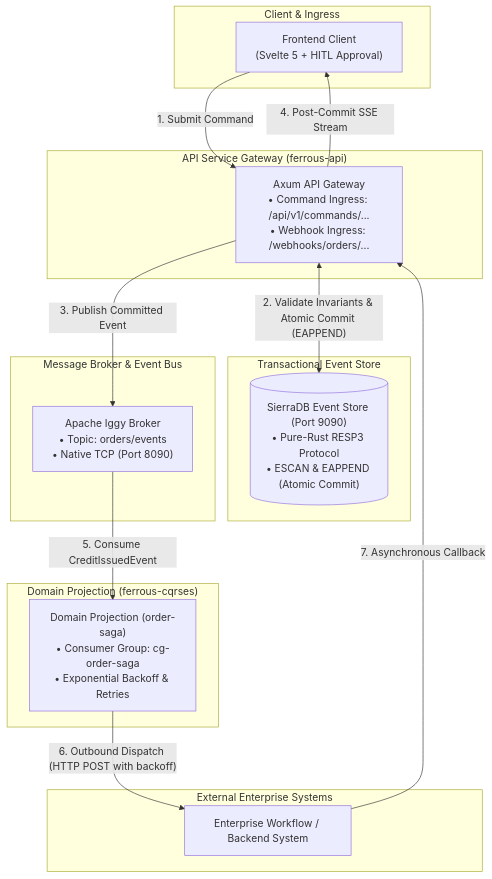
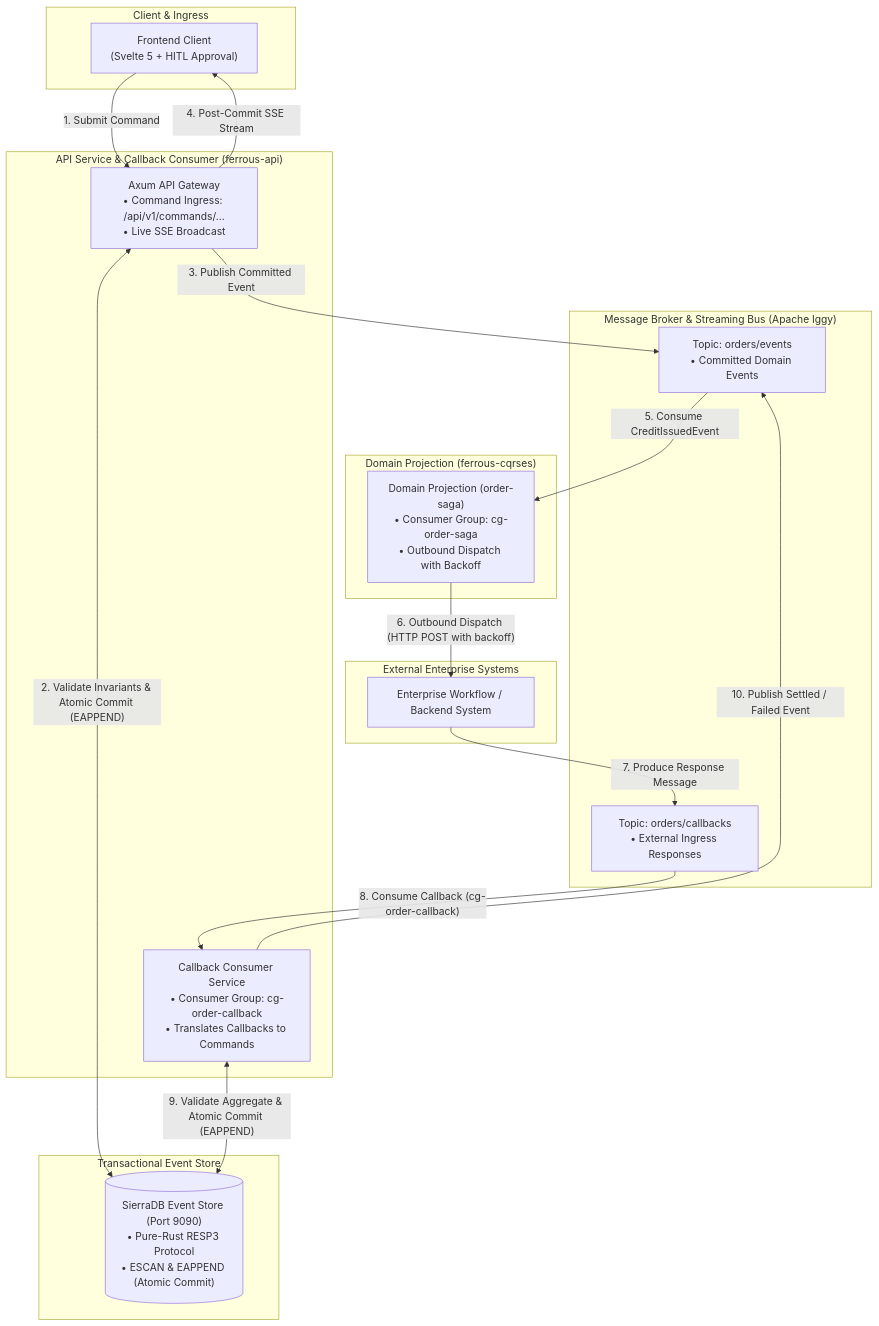
One commit to reidlai/ferrous-cx changed the first of 2 diagrams in README.md. Above: the diagram before and after it, drawn with Mermaid. The commit also changed other lines of this file, not shown here.

Commit message:
docs(architecture): update architecture to asynchronous queue-based callback ingress via orders/callbacks

````diff
--- a/README.md
+++ b/README.md
@@ -40,37 +40,44 @@
 ```mermaid
 flowchart TD
     subgraph Client_Layer ["Client & Ingress"]
         Client["Frontend Client<br/>(Svelte 5 + HITL Approval)"]
     end
 
-    subgraph API_Gateway ["API Service Gateway (ferrous-api)"]
-        ApiService["Axum API Gateway<br/>• Command Ingress: /api/v1/commands/...<br/>• Webhook Ingress: /webhooks/orders/..."]
+    subgraph API_Gateway ["API Service & Callback Consumer (ferrous-api)"]
+        ApiService["Axum API Gateway<br/>• Command Ingress: /api/v1/commands/...<br/>• Live SSE Broadcast"]
+        CallbackService["Callback Consumer Service<br/>• Consumer Group: cg-order-callback<br/>• Translates Callbacks to Commands"]
     end
 
     subgraph Event_Store ["Transactional Event Store"]
         SierraDB[("SierraDB Event Store (Port 9090)<br/>• Pure-Rust RESP3 Protocol<br/>• ESCAN & EAPPEND (Atomic Commit)")]
     end
 
-    subgraph Event_Bus ["Message Broker & Event Bus"]
-        Iggy["Apache Iggy Broker<br/>• Topic: orders/events<br/>• Native TCP (Port 8090)"]
+    subgraph Event_Bus ["Message Broker & Streaming Bus (Apache Iggy)"]
+        IggyEvents["Topic: orders/events<br/>• Committed Domain Events"]
+        IggyCallbacks["Topic: orders/callbacks<br/>• External Ingress Responses"]
     end
 
     subgraph Projection_Tier ["Domain Projection (ferrous-cqrses)"]
-        DomainProjection["Domain Projection (order-saga)<br/>• Consumer Group: cg-order-saga<br/>• Exponential Backoff & Retries"]
+        DomainProjection["Domain Projection (order-saga)<br/>• Consumer Group: cg-order-saga<br/>• Outbound Dispatch with Backoff"]
     end
 
     subgraph External_Enterprise ["External Enterprise Systems"]
         EnterpriseWorkflow["Enterprise Workflow / Backend System"]
     end
 
     %% Command Lifecycle Flow
     Client -->|"1. Submit Command"| ApiService
     ApiService <-->|"2. Validate Invariants & Atomic Commit (EAPPEND)"| SierraDB
-    ApiService -->|"3. Publish Committed Event"| Iggy
+    ApiService -->|"3. Publish Committed Event"| IggyEvents
     ApiService -->|"4. Post-Commit SSE Stream"| Client
 
-    %% Domain Projection & Callback Flow
-    Iggy -->|"5. Consume CreditIssuedEvent"| DomainProjection
+    %% Domain Projection Outbound Dispatch
+    IggyEvents -->|"5. Consume CreditIssuedEvent"| DomainProjection
     DomainProjection -->|"6. Outbound Dispatch (HTTP POST with backoff)"| EnterpriseWorkflow
-    EnterpriseWorkflow -->|"7. Asynchronous Callback"| ApiService
+
+    %% Asynchronous Queue Callback Flow
+    EnterpriseWorkflow -->|"7. Produce Response Message"| IggyCallbacks
+    IggyCallbacks -->|"8. Consume Callback (cg-order-callback)"| CallbackService
+    CallbackService <-->|"9. Validate Aggregate & Atomic Commit (EAPPEND)"| SierraDB
+    CallbackService -->|"10. Publish Settled / Failed Event"| IggyEvents
 ```
````
